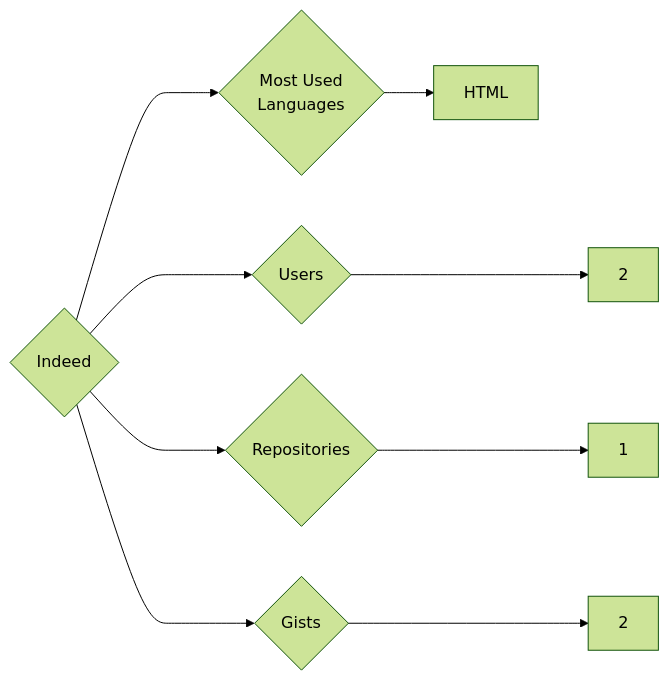
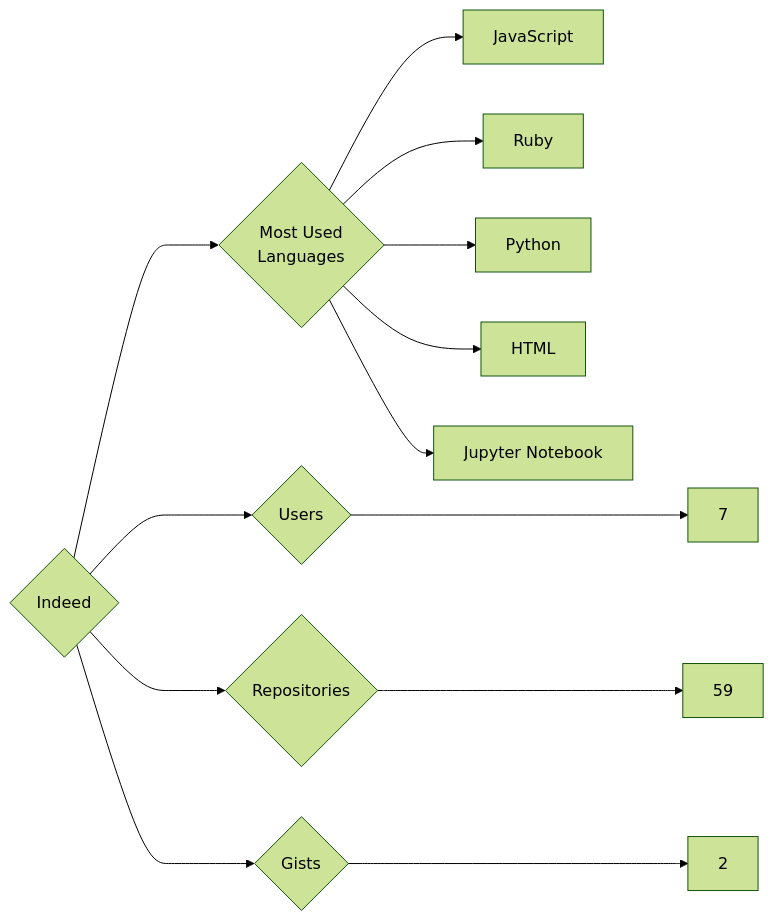
The diagram in targets/Indeed/README.md (trickest/insiders), drawn with Mermaid (forest theme) before and after one commit. The commit also changed 1314 other files, not shown here.

````diff
--- a/targets/Indeed/README.md
+++ b/targets/Indeed/README.md
@@ -3,9 +3,13 @@
 ```mermaid
 graph LR
 COMPANY_NAME{Indeed}
-COMPANY_NAME ---> U{Users} ---> UN[2]
-COMPANY_NAME ---> R{Repositories} ---> RN[1]
+COMPANY_NAME ---> U{Users} ---> UN[7]
+COMPANY_NAME ---> R{Repositories} ---> RN[59]
 COMPANY_NAME ---> G{Gists} ---> GN[2]
 COMPANY_NAME ---> ML{Most Used<br>Languages}
+ML --> JavaScript[JavaScript]
+ML --> Ruby[Ruby]
+ML --> Python[Python]
 ML --> HTML[HTML]
+ML --> Jupyter_Notebook[Jupyter Notebook]
 ```
````
